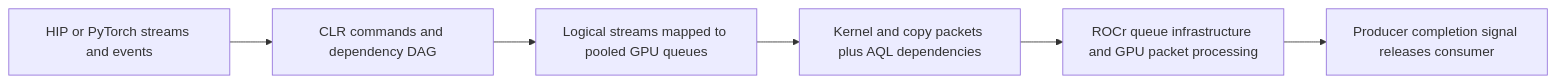
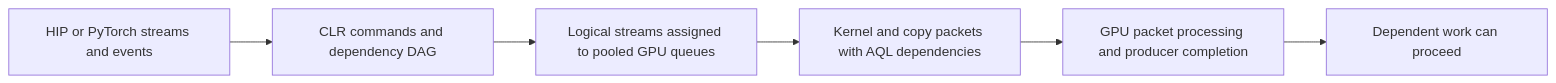
Before and after one commit to MarloweAI/clr: the diagram in tools/marlowe-runtime/STREAM_WAIT_DESIGN.md, drawn with Mermaid. The commit also changed other lines of this file and 1 other file, not shown here.

````diff
--- a/tools/marlowe-runtime/STREAM_WAIT_DESIGN.md
+++ b/tools/marlowe-runtime/STREAM_WAIT_DESIGN.md
@@ -13,8 +20,8 @@
 ```mermaid
 flowchart LR
   A[HIP or PyTorch streams and events] --> B[CLR commands and dependency DAG]
-  B --> C[Logical streams mapped to pooled GPU queues]
-  C --> D[Kernel and copy packets plus AQL dependencies]
-  D --> E[ROCr queue infrastructure and GPU packet processing]
-  E --> F[Producer completion signal releases consumer]
+  B --> C[Logical streams assigned to pooled GPU queues]
+  C --> D[Kernel and copy packets with AQL dependencies]
+  D --> E[GPU packet processing and producer completion]
+  E --> F[Dependent work can proceed]
 ```
````
